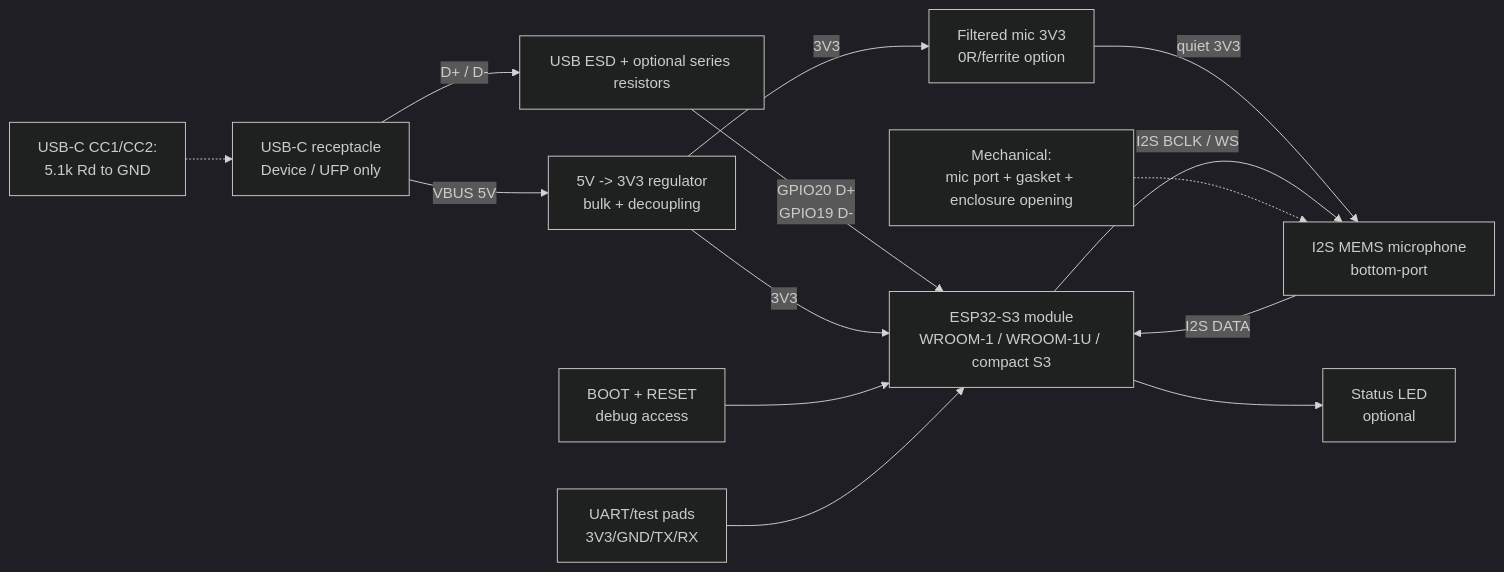
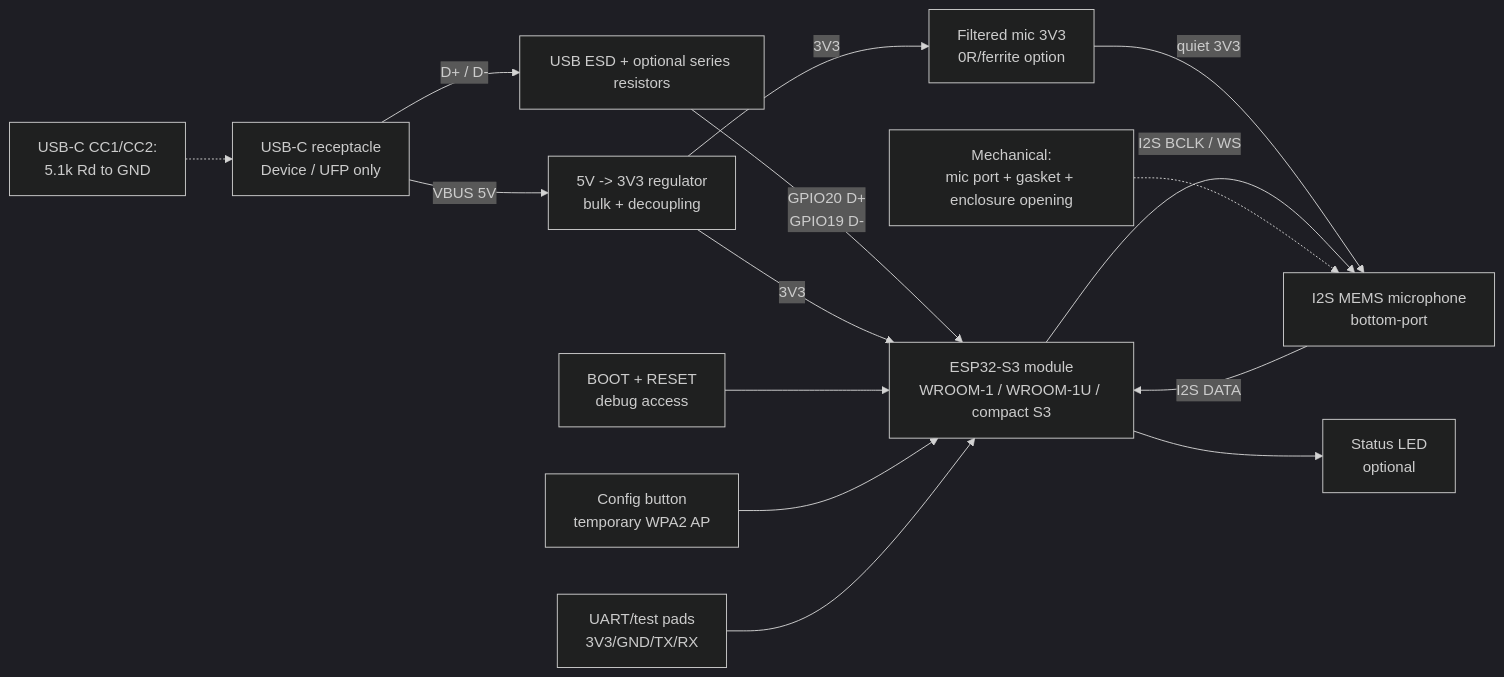
Before and after one commit to ffreitasb/phonemefree-unplugged: the second of 2 diagrams in docs/hardware/SCHEMATIC_CONCEPT.md, drawn with Mermaid (dark theme). The commit also changed other lines of this file and 9 other files, not shown here.

````diff
--- a/docs/hardware/SCHEMATIC_CONCEPT.md
+++ b/docs/hardware/SCHEMATIC_CONCEPT.md
@@ -141,30 +148,32 @@
 ```mermaid
 flowchart LR
     USBC["USB-C receptacle<br/>Device / UFP only"]
     PROT["USB ESD + optional series resistors"]
     PWR["5V -> 3V3 regulator<br/>bulk + decoupling"]
     MCU["ESP32-S3 module<br/>WROOM-1 / WROOM-1U / compact S3"]
     MICPWR["Filtered mic 3V3<br/>0R/ferrite option"]
     MIC["I2S MEMS microphone<br/>bottom-port"]
     BOOT["BOOT + RESET<br/>debug access"]
+    CFG["Config button<br/>temporary WPA2 AP"]
     UART["UART/test pads<br/>3V3/GND/TX/RX"]
     LED["Status LED<br/>optional"]
 
     USBC -- "D+ / D-" --> PROT
     PROT -- "GPIO20 D+<br/>GPIO19 D-" --> MCU
     USBC -- "VBUS 5V" --> PWR
     PWR -- "3V3" --> MCU
     PWR -- "3V3" --> MICPWR
     MICPWR -- "quiet 3V3" --> MIC
     MCU -- "I2S BCLK / WS" --> MIC
     MIC -- "I2S DATA" --> MCU
     BOOT --> MCU
+    CFG --> MCU
     UART --> MCU
     MCU --> LED
 
     cc["USB-C CC1/CC2:<br/>5.1k Rd to GND"]
     cc -.-> USBC
 
     mech["Mechanical:<br/>mic port + gasket + enclosure opening"]
     mech -.-> MIC
 ```
````
